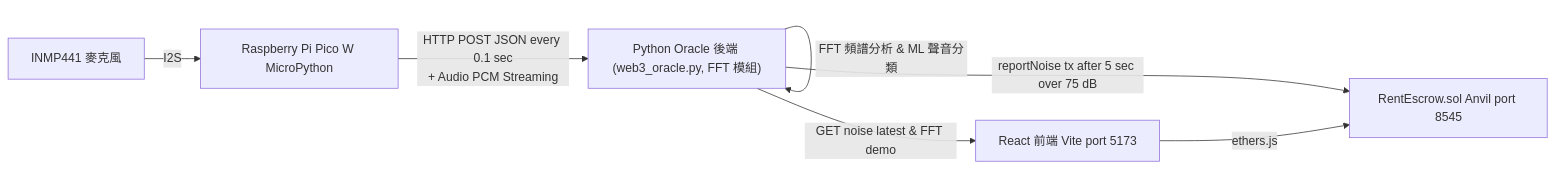
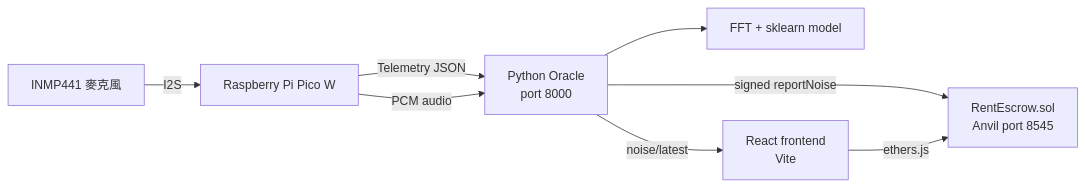
One commit to reacher-dev/blockchainProject changed the diagram in README.md. Above: the diagram before and after it, drawn with Mermaid. The commit also changed other lines of this file and 1 other file, not shown here.

````diff
--- a/README.md
+++ b/README.md
@@ -18,15 +40,17 @@
 ```mermaid
 flowchart LR
     Mic["INMP441 麥克風"]
-    Pico["Raspberry Pi Pico W MicroPython"]
-    Oracle["Python Oracle 後端 (web3_oracle.py, FFT 模組)"]
-    Contract["RentEscrow.sol Anvil port 8545"]
-    Frontend["React 前端 Vite port 5173"]
+    Pico["Raspberry Pi Pico W"]
+    Oracle["Python Oracle<br/>port 8000"]
+    FFT["FFT + sklearn model"]
+    Contract["RentEscrow.sol<br/>Anvil port 8545"]
+    Frontend["React frontend<br/>Vite"]
 
     Mic -->|I2S| Pico
-    Pico -->|"HTTP POST JSON every 0.1 sec\n+ Audio PCM Streaming"| Oracle
-    Oracle -->|"FFT 頻譜分析 & ML 聲音分類"| Oracle
-    Oracle -->|"GET noise latest & FFT demo"| Frontend
-    Oracle -->|"reportNoise tx after 5 sec over 75 dB"| Contract
+    Pico -->|Telemetry JSON| Oracle
+    Pico -->|PCM audio| Oracle
+    Oracle --> FFT
+    Oracle -->|noise/latest| Frontend
+    Oracle -->|signed reportNoise| Contract
     Frontend -->|ethers.js| Contract
 ```
````
